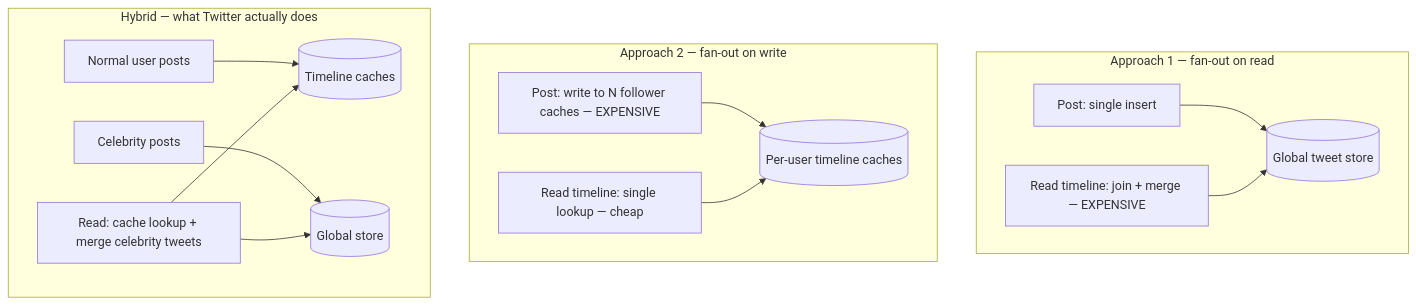
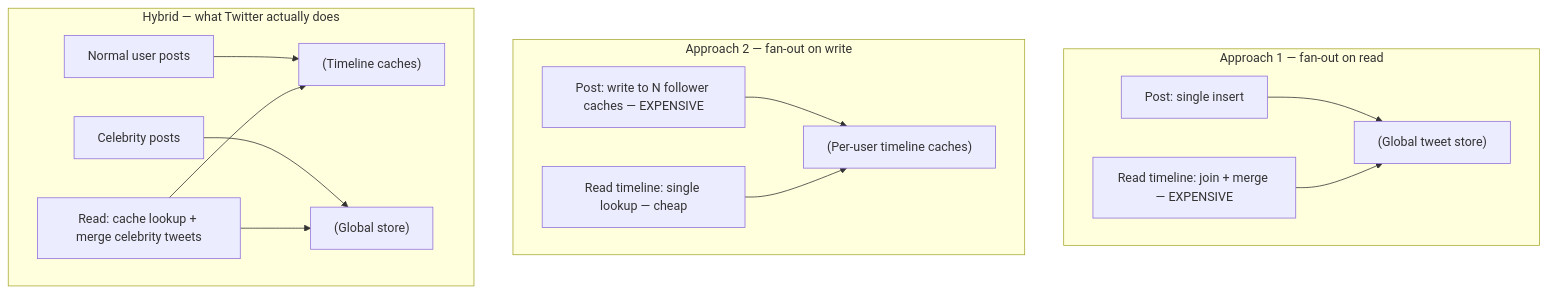
One commit to pankajThakur1874/studysheet changed the first of 2 diagrams in files/01-foundations/03-scalability.md. Above: the diagram before and after it, drawn with Mermaid. The commit also changed 102 other files, not shown here.

Commit message:
Auto-fix Mermaid diagram syntax across all study guides to prevent Syntax Error in Mermaid v10

````diff
--- a/files/01-foundations/03-scalability.md
+++ b/files/01-foundations/03-scalability.md
@@ -112,17 +112,17 @@
 ```mermaid
 flowchart TD
     subgraph A1[Approach 1 — fan-out on read]
-        P1[Post: single insert] --> G[(Global tweet store)]
-        R1[Read timeline: join + merge — EXPENSIVE] --> G
+        P1["Post: single insert"] --> G["(Global tweet store)"]
+        R1["Read timeline: join + merge — EXPENSIVE"] --> G
     end
     subgraph A2[Approach 2 — fan-out on write]
-        P2[Post: write to N follower caches — EXPENSIVE] --> C[(Per-user timeline caches)]
-        R2[Read timeline: single lookup — cheap] --> C
+        P2["Post: write to N follower caches — EXPENSIVE"] --> C["(Per-user timeline caches)"]
+        R2["Read timeline: single lookup — cheap"] --> C
     end
     subgraph A3[Hybrid — what Twitter actually does]
-        P3[Normal user posts] --> C2[(Timeline caches)]
-        CEL[Celebrity posts] --> G2[(Global store)]
-        R3[Read: cache lookup + merge celebrity tweets] --> C2
+        P3[Normal user posts] --> C2["(Timeline caches)"]
+        CEL[Celebrity posts] --> G2["(Global store)"]
+        R3["Read: cache lookup + merge celebrity tweets"] --> C2
         R3 --> G2
     end
 ```
````
